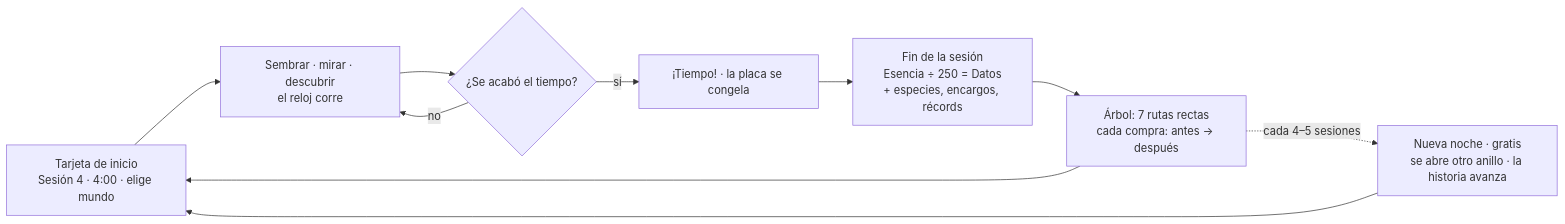
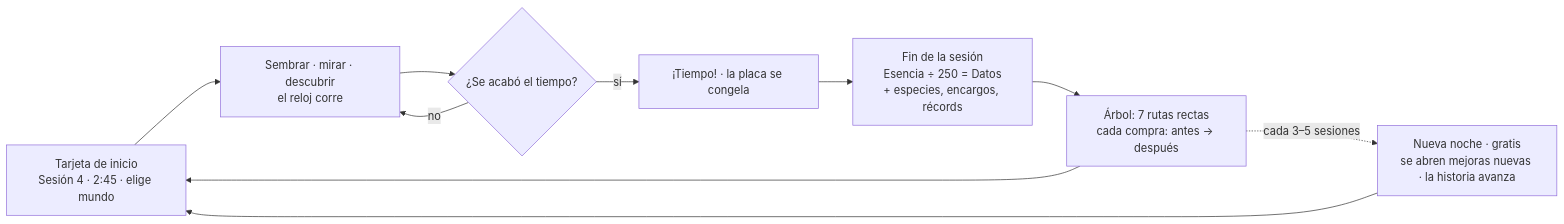
One commit to ronalc90/Lenia changed the diagram in docs/CICLO.md. Above: the diagram before and after it, drawn with Mermaid. The commit also changed other lines of this file and 4 other files, not shown here.

````diff
--- a/docs/CICLO.md
+++ b/docs/CICLO.md
@@ -42,12 +52,12 @@
 ```mermaid
 flowchart LR
-    A[Tarjeta de inicio<br/>Sesión 4 · 4:00 · elige mundo] --> B[Sembrar · mirar · descubrir<br/>el reloj corre]
+    A[Tarjeta de inicio<br/>Sesión 4 · 2:45 · elige mundo] --> B[Sembrar · mirar · descubrir<br/>el reloj corre]
     B --> C{¿Se acabó el tiempo?}
     C -- no --> B
     C -- sí --> D[¡Tiempo! · la placa se congela]
     D --> E[Fin de la sesión<br/>Esencia ÷ 250 = Datos<br/>+ especies, encargos, récords]
     E --> F[Árbol: 7 rutas rectas<br/>cada compra: antes → después]
     F --> A
-    F -. cada 4–5 sesiones .-> G[Nueva noche · gratis<br/>se abre otro anillo · la historia avanza]
+    F -. cada 3–5 sesiones .-> G[Nueva noche · gratis<br/>se abren mejoras nuevas · la historia avanza]
     G --> A
 ```
````
